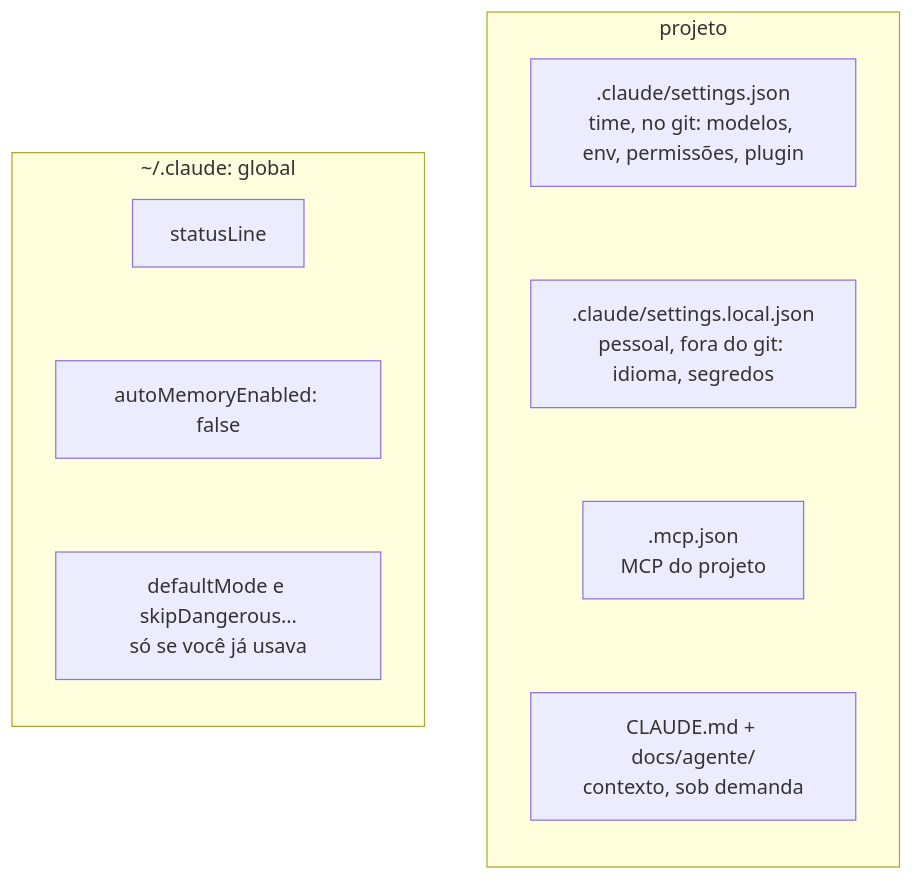
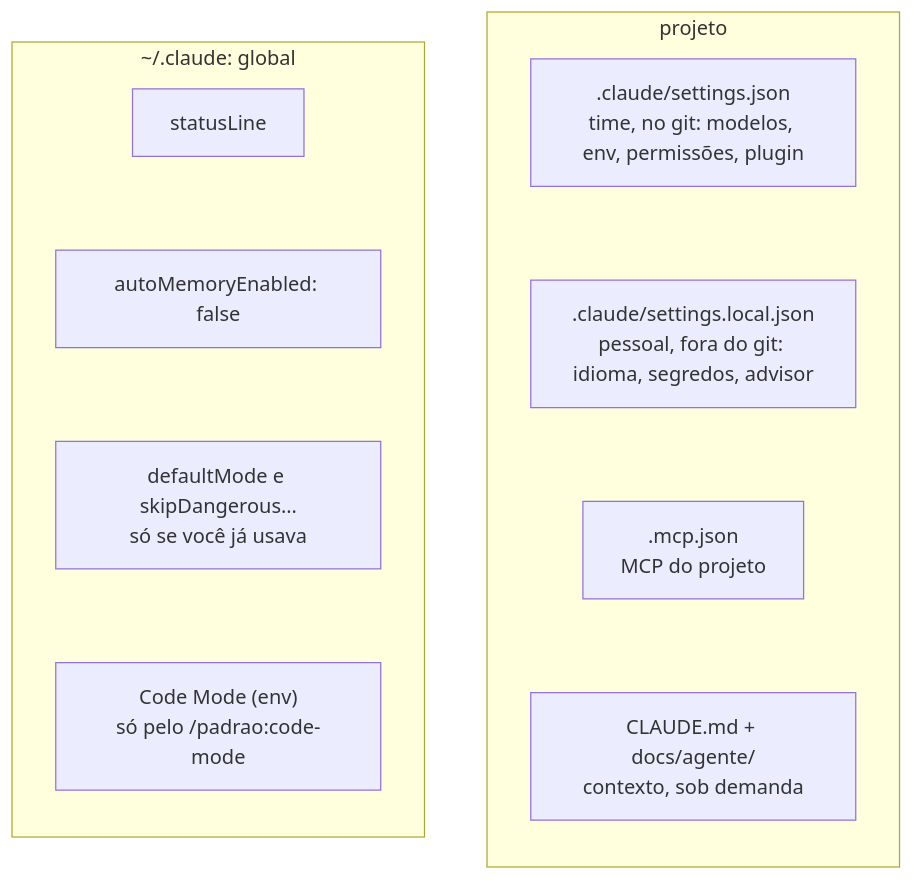
Before and after one commit to Kortek-Tecnologia/claude-padrao: the fifth of 5 diagrams in README.md, drawn with Mermaid. The commit also changed other lines of this file and 15 other files, not shown here.

First line of the commit message:
padrao 2.4.0: Code Mode e Fable como advisor, opcionais

````diff
--- a/README.md
+++ b/README.md
@@ -223,19 +254,20 @@
 ```mermaid
 flowchart LR
   subgraph G["~/.claude: global"]
     direction TB
     g1["statusLine"]
     g2["autoMemoryEnabled: false"]
     g3["defaultMode e skipDangerous…<br/>só se você já usava"]
-    g1 ~~~ g2 ~~~ g3
+    g4["Code Mode (env)<br/>só pelo /padrao:code-mode"]
+    g1 ~~~ g2 ~~~ g3 ~~~ g4
   end
   subgraph P["projeto"]
     direction TB
     p1[".claude/settings.json<br/>time, no git: modelos, env, permissões, plugin"]
-    p2[".claude/settings.local.json<br/>pessoal, fora do git: idioma, segredos"]
+    p2[".claude/settings.local.json<br/>pessoal, fora do git: idioma, segredos, advisor"]
     p3[".mcp.json<br/>MCP do projeto"]
     p4["CLAUDE.md + docs/agente/<br/>contexto, sob demanda"]
     p1 ~~~ p2 ~~~ p3 ~~~ p4
   end
   G ~~~ P
 ```
````
